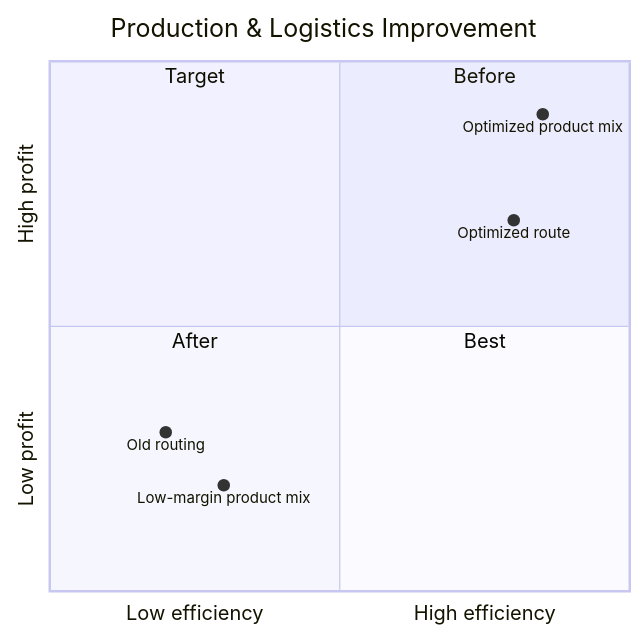
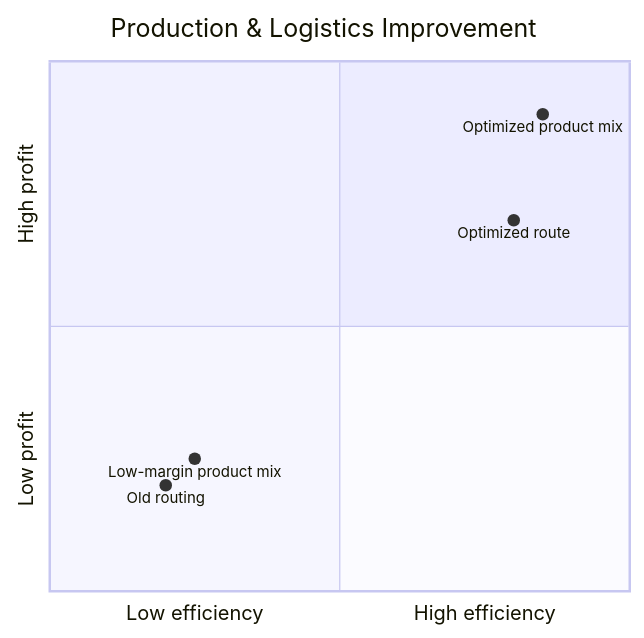
One commit to Mehdij1511/Industrial-management-IND210 changed the third of 4 diagrams in README.md. Above: the diagram before and after it, drawn with Mermaid. The commit also changed other lines of this file, not shown here.

Commit message:
Add revised portfolio README with clean quadrant chart and visual project story

````diff
--- a/README.md
+++ b/README.md
@@ -51,14 +51,11 @@
 ```mermaid
 quadrantChart
     title Production & Logistics Improvement
     x-axis Low efficiency --> High efficiency
     y-axis Low profit --> High profit
-    quadrant-1 "Before"
-    quadrant-2 "Target"
-    quadrant-3 "After"
-    quadrant-4 "Best"
-    "Old routing": [0.2, 0.3]
-    "Optimized route": [0.8, 0.7]
-    "Low-margin product mix": [0.3, 0.2]
-    "Optimized product mix": [0.85, 0.9]
+
+    "Low-margin product mix": [0.25, 0.25]
+    "Old routing": [0.20, 0.20]
+    "Optimized route": [0.80, 0.70]
+    "Optimized product mix": [0.85, 0.90]
 ```
````
